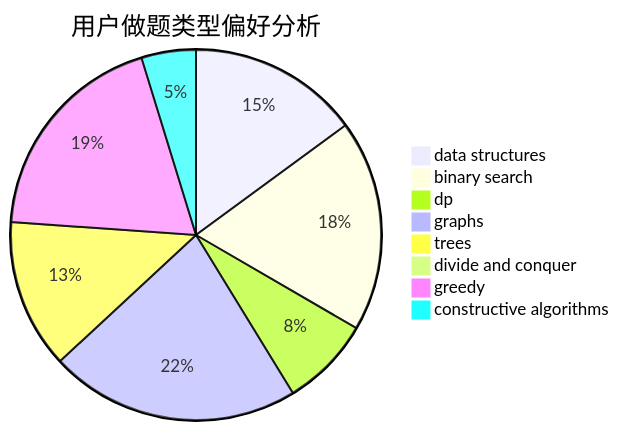
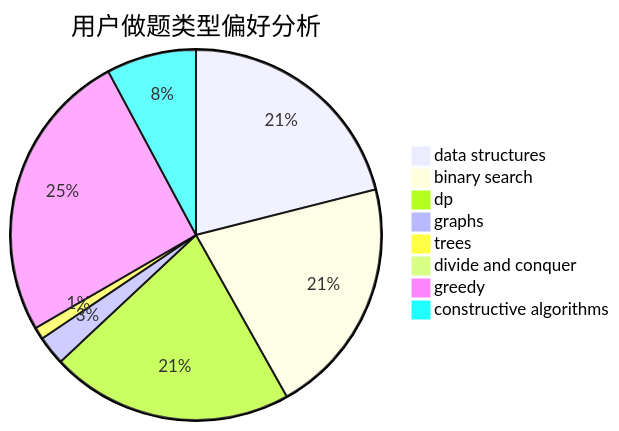
Before and after one commit to sherpahu/cfrs.github.io: the second of 3 diagrams in docs/user/u956.md, drawn with Mermaid. The commit also changed other lines of this file and 2770 other files, not shown here.

````diff
--- a/docs/user/u956.md
+++ b/docs/user/u956.md
@@ -23,11 +23,11 @@
 ```mermaid
 pie title 用户做题类型偏好分析
-    "data structures" :  110
-    "binary search" :  136
-    "dp" :  58
-    "graphs" :  161
-    "trees" :  96
-    "divide and conquer" :  3
-    "greedy" :  141
-    "constructive algorithms" :  35
+    "data structures" :  513
+    "binary search" :  507
+    "dp" :  516
+    "graphs" :  62
+    "trees" :  26
+    "divide and conquer" :  16
+    "greedy" :  622
+    "constructive algorithms" :  191
 ```
````
